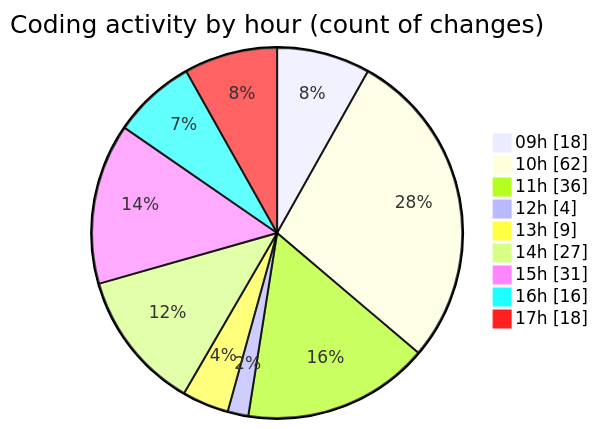
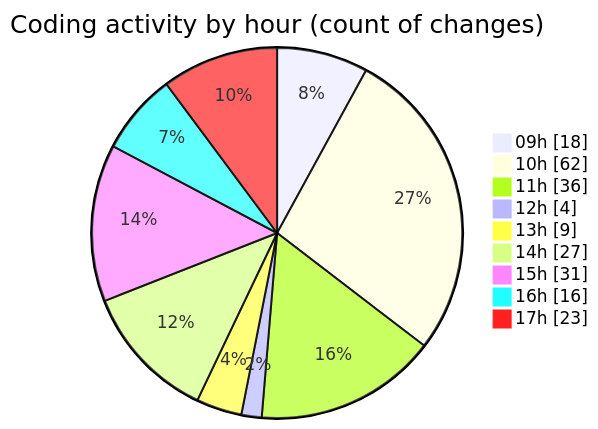
One commit to momahboobian/code-tracking changed the second of 2 diagrams in 2025-07-01/cda/README.md. Above: the diagram before and after it, drawn with Mermaid. The commit also changed other lines of this file and 1 other file, not shown here.

````diff
--- a/2025-07-01/cda/README.md
+++ b/2025-07-01/cda/README.md
@@ -53,13 +53,13 @@
 ```mermaid
 pie showData
 title Coding activity by hour (count of changes)
 "09h" : 18
 "10h" : 62
 "11h" : 36
 "12h" : 4
 "13h" : 9
 "14h" : 27
 "15h" : 31
 "16h" : 16
-"17h" : 18
+"17h" : 23
 ```
````
